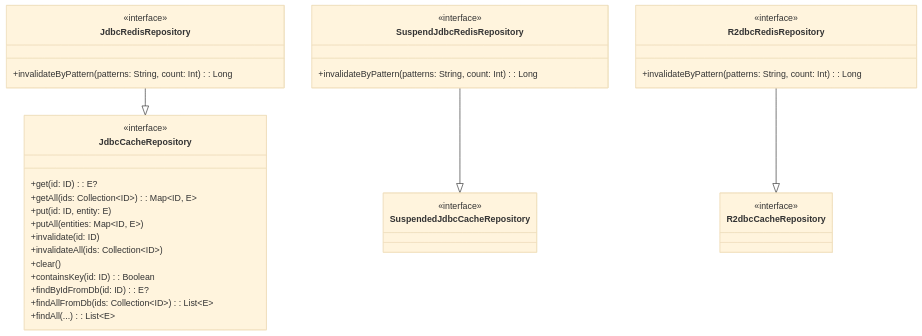
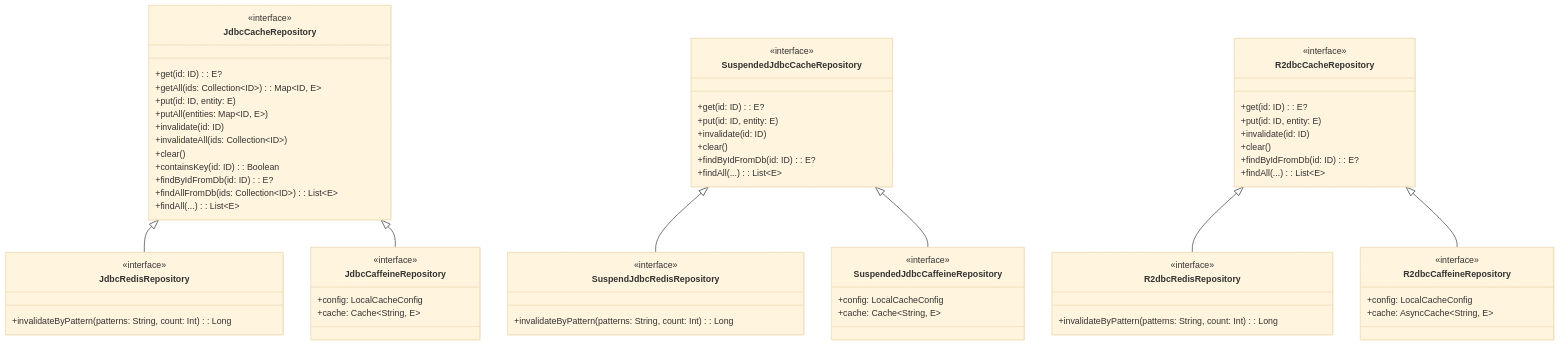
The first of 3 diagrams in data/exposed-cache/README.md (bluetape4k/bluetape4k-projects), drawn with Mermaid (base theme) before and after one commit. The commit also changed other lines of this file and 5 other files, not shown here.

First line of the commit message:
docs: exposed-cache 허브 README + caffeine 모듈 README 작성

````diff
--- a/data/exposed-cache/README.md
+++ b/data/exposed-cache/README.md
@@ -13,38 +26,71 @@
 ```mermaid
 classDiagram
+    direction TB
+
     class JdbcCacheRepository {
         <<interface>>
         +get(id: ID): E?
         +getAll(ids: Collection~ID~): Map~ID, E~
         +put(id: ID, entity: E)
         +putAll(entities: Map~ID, E~)
         +invalidate(id: ID)
         +invalidateAll(ids: Collection~ID~)
         +clear()
         +containsKey(id: ID): Boolean
         +findByIdFromDb(id: ID): E?
         +findAllFromDb(ids: Collection~ID~): List~E~
         +findAll(...): List~E~
     }
     class JdbcRedisRepository {
         <<interface>>
         +invalidateByPattern(patterns: String, count: Int): Long
     }
+    class JdbcCaffeineRepository {
+        <<interface>>
+        +config: LocalCacheConfig
+        +cache: Cache~String, E~
+    }
     class SuspendedJdbcCacheRepository {
         <<interface>>
+        +get(id: ID): E?
+        +put(id: ID, entity: E)
+        +invalidate(id: ID)
+        +clear()
+        +findByIdFromDb(id: ID): E?
+        +findAll(...): List~E~
     }
     class SuspendJdbcRedisRepository {
         <<interface>>
         +invalidateByPattern(patterns: String, count: Int): Long
     }
+    class SuspendedJdbcCaffeineRepository {
+        <<interface>>
+        +config: LocalCacheConfig
+        +cache: Cache~String, E~
+    }
     class R2dbcCacheRepository {
         <<interface>>
+        +get(id: ID): E?
+        +put(id: ID, entity: E)
+        +invalidate(id: ID)
+        +clear()
+        +findByIdFromDb(id: ID): E?
+        +findAll(...): List~E~
     }
     class R2dbcRedisRepository {
         <<interface>>
         +invalidateByPattern(patterns: String, count: Int): Long
     }
-    JdbcRedisRepository --|> JdbcCacheRepository
-    SuspendJdbcRedisRepository --|> SuspendedJdbcCacheRepository
-    R2dbcRedisRepository --|> R2dbcCacheRepository
+    class R2dbcCaffeineRepository {
+        <<interface>>
+        +config: LocalCacheConfig
+        +cache: AsyncCache~String, E~
+    }
+
+    JdbcCacheRepository <|-- JdbcRedisRepository
+    JdbcCacheRepository <|-- JdbcCaffeineRepository
+    SuspendedJdbcCacheRepository <|-- SuspendJdbcRedisRepository
+    SuspendedJdbcCacheRepository <|-- SuspendedJdbcCaffeineRepository
+    R2dbcCacheRepository <|-- R2dbcRedisRepository
+    R2dbcCacheRepository <|-- R2dbcCaffeineRepository
 ```
````
